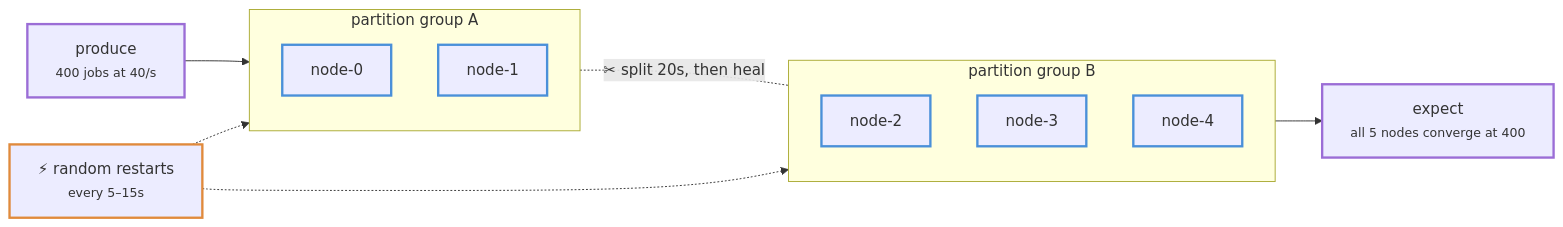
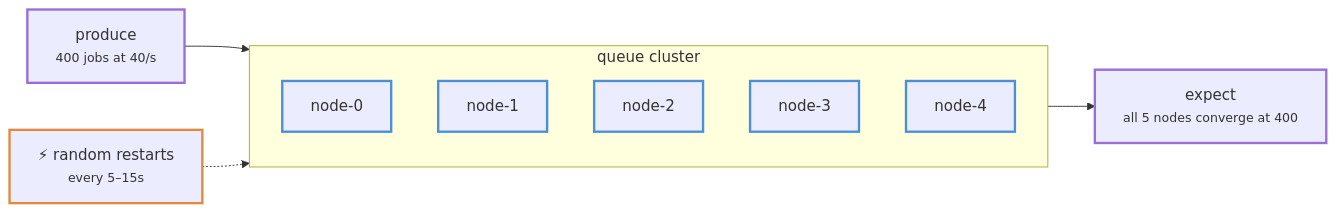
The second of 6 diagrams in book/src/framework-in-brief.md (logos-blockchain/logos-blockchain-testing), drawn with Mermaid before and after one commit. The commit also changed other lines of this file and 47 other files, not shown here.

````diff
--- a/book/src/framework-in-brief.md
+++ b/book/src/framework-in-brief.md
@@ -147,20 +146,16 @@
 ```mermaid
 flowchart LR
-    WL["produce<br/><small>400 jobs at 40/s</small>"]:::sc --> A
-    subgraph A["partition group A"]
+    WL["produce<br/><small>400 jobs at 40/s</small>"]:::sc --> C
+    subgraph C["queue cluster"]
         N0["node-0"]:::cl
         N1["node-1"]:::cl
-    end
-    subgraph B["partition group B"]
         N2["node-2"]:::cl
         N3["node-3"]:::cl
         N4["node-4"]:::cl
     end
-    A -. "✂ split 20s, then heal" .- B
-    RR["⚡ random restarts<br/><small>every 5–15s</small>"]:::pr -.-> A
-    RR -.-> B
-    B --> EX["expect<br/><small>all 5 nodes converge at 400</small>"]:::sc
+    RR["⚡ random restarts<br/><small>every 5–15s</small>"]:::pr -.-> C
+    C --> EX["expect<br/><small>all 5 nodes converge at 400</small>"]:::sc
     classDef cl stroke:#4a90d9,stroke-width:2.5px;
     classDef pr stroke:#e08a3c,stroke-width:2.5px;
     classDef sc stroke:#9b6dd6,stroke-width:2.5px;
 ```
````
